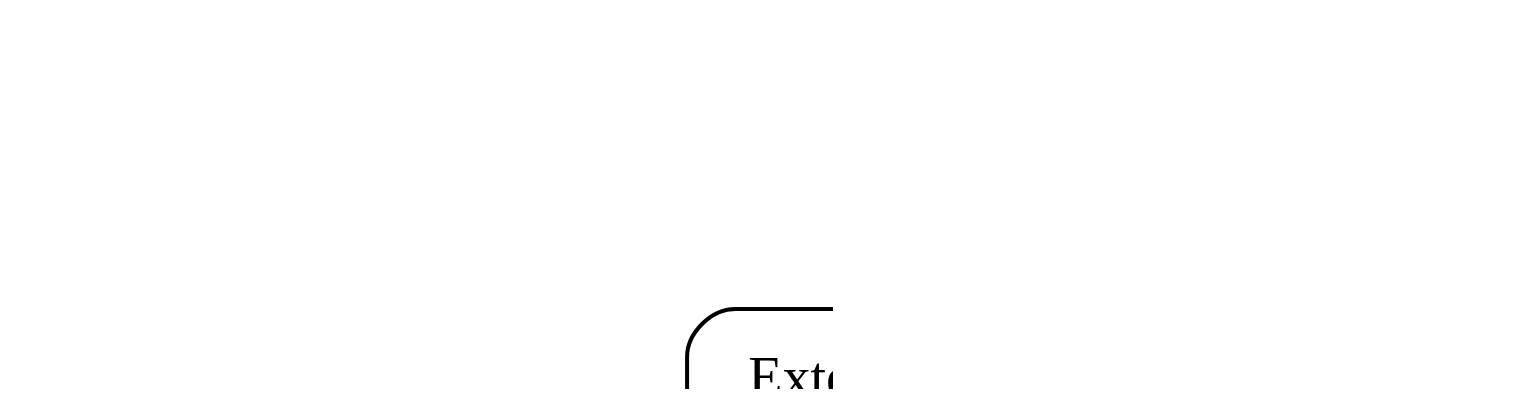
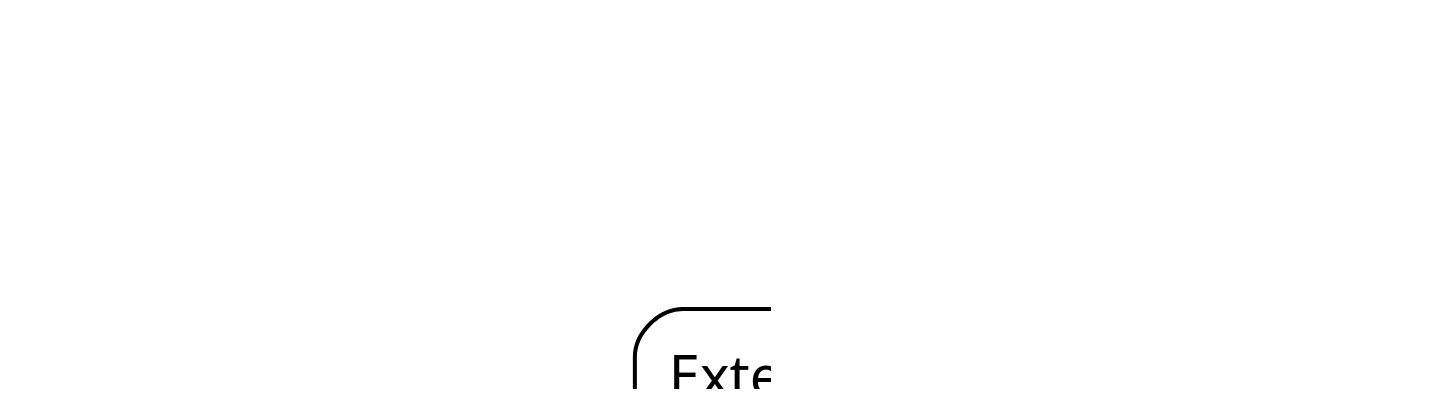
One commit to inponomarev/dsl-talk changed the first of 14 diagrams in slides/src/main/asciidoc/lecture.adoc. Above: the diagram before and after it, drawn with Graphviz. The commit also changed other lines of this file and 2 other files, not shown here.

```diff
--- a/slides/src/main/asciidoc/lecture.adoc
+++ b/slides/src/main/asciidoc/lecture.adoc
@@ -60,18 +84,19 @@
 [graphviz]
 ----
 digraph G {
-graph [ dpi = 180 ];
+graph [ fontname="Sans"; dpi = 180 ];
+node [fontname = "Sans"];
 node[shape="block",style="rounded,filled", fillcolor="#ffffff"]
 DSLs;
 DSLs->External;
 DSLs->Internal;
 External->A[style=invis];
 External->B[style=invis];
 Internal->C[style=invis];
 Internal->D[style=invis];
 A[label="Designed\nfrom scratch",style="invis"];
 B[label="Based\non JSON/YAML/XML", style="invis"];
 C[label="Dynamically\ntyped",style=invis];
 D[label="Statically\ntyped", style=invis]
 }
 ----
```
